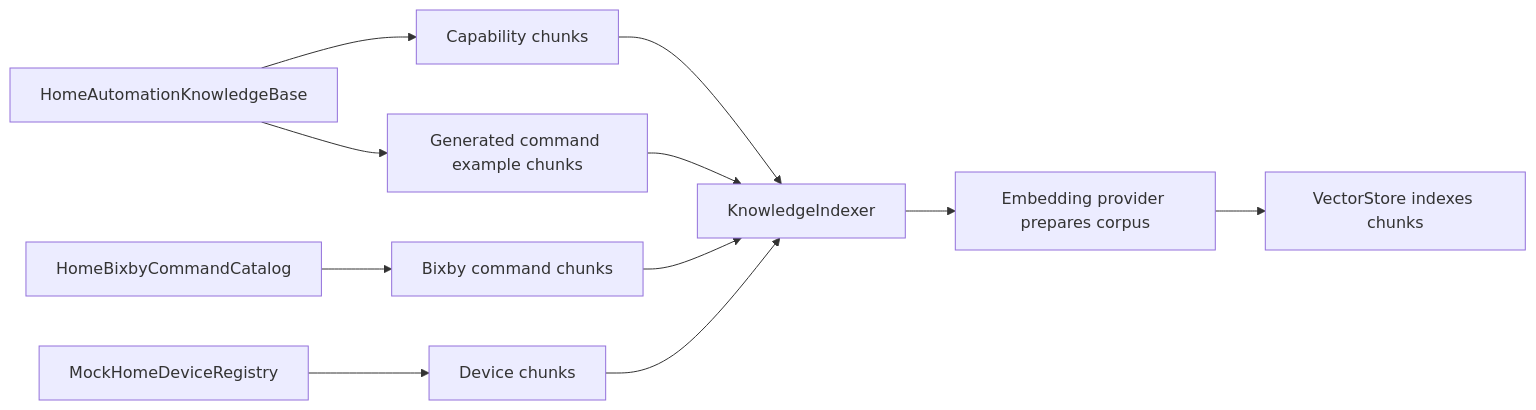
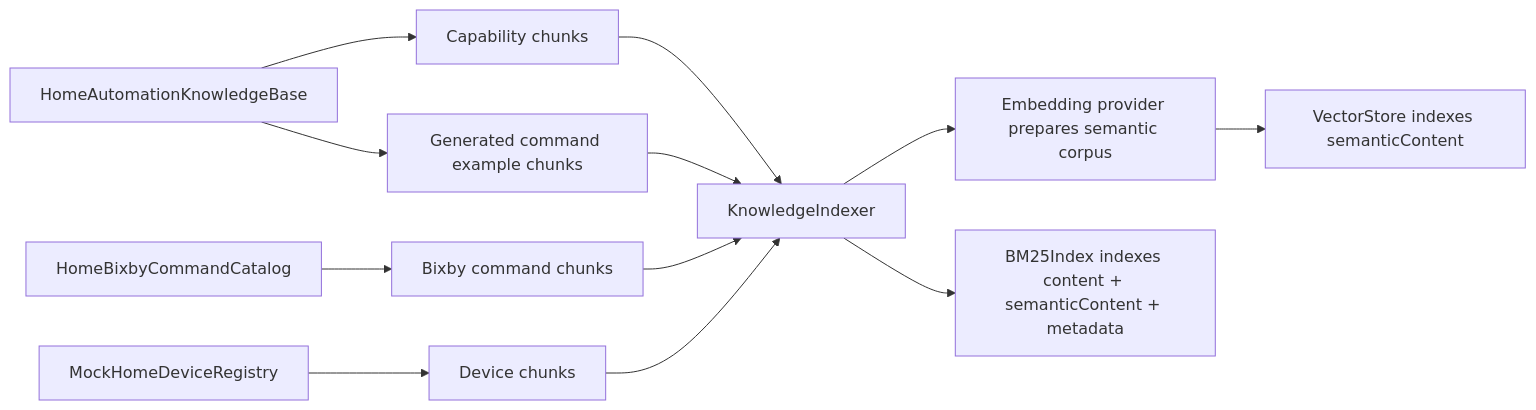
One commit to ksypinro/HomeAutomation changed the second of 3 diagrams in HomeAutomationCore/Sources/HomeAutomationRAG/README.md. Above: the diagram before and after it, drawn with Mermaid. The commit also changed other lines of this file and 40 other files, not shown here.

````diff
--- a/HomeAutomationCore/Sources/HomeAutomationRAG/README.md
+++ b/HomeAutomationCore/Sources/HomeAutomationRAG/README.md
@@ -37,13 +47,14 @@
 ```mermaid
 flowchart LR
     A["HomeAutomationKnowledgeBase"] --> B["Capability chunks"]
     A --> C["Generated command example chunks"]
     D["HomeBixbyCommandCatalog"] --> E["Bixby command chunks"]
     F["MockHomeDeviceRegistry"] --> G["Device chunks"]
     B --> H["KnowledgeIndexer"]
     C --> H
     E --> H
     G --> H
-    H --> I["Embedding provider prepares corpus"]
-    I --> J["VectorStore indexes chunks"]
+    H --> I["Embedding provider prepares semantic corpus"]
+    I --> J["VectorStore indexes semanticContent"]
+    H --> K["BM25Index indexes content + semanticContent + metadata"]
 ```
````
